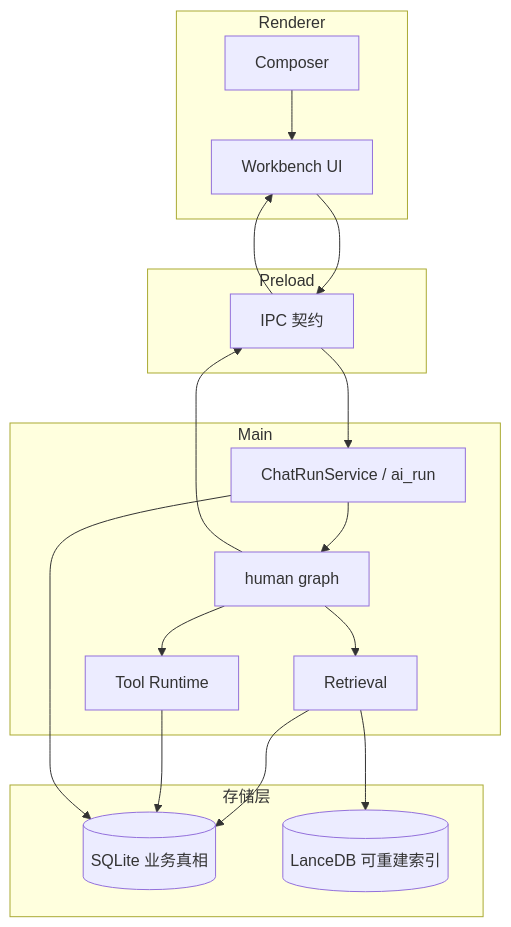
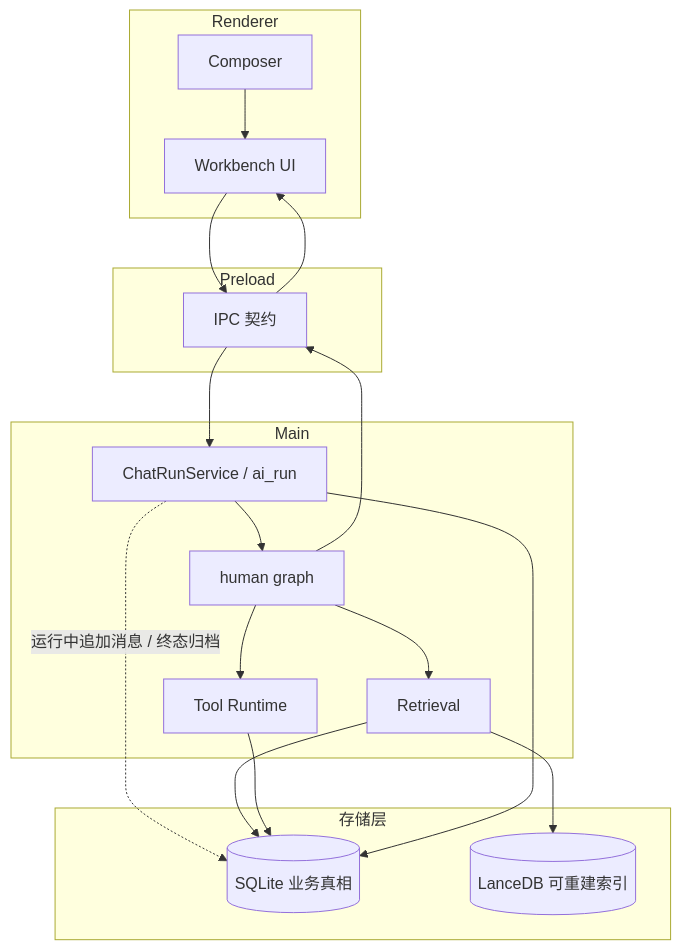
Before and after one commit to Yoan98/Ncurator: the first of 2 diagrams in doc/architecture.md, drawn with Mermaid. The commit also changed other lines of this file and 34 other files, not shown here.

````diff
--- a/doc/architecture.md
+++ b/doc/architecture.md
@@ -34,33 +34,34 @@
 ```mermaid
 flowchart TB
   subgraph renderer [Renderer]
     WB[Workbench UI]
     Composer[Composer]
   end
 
   subgraph bridge [Preload]
     IPC[IPC 契约]
   end
 
   subgraph main [Main]
     Run[ChatRunService / ai_run]
     Graph[human graph]
     Retrieval[Retrieval]
     Tools[Tool Runtime]
   end
 
   subgraph storage [存储层]
     SQLite[(SQLite 业务真相)]
     Lance[(LanceDB 可重建索引)]
   end
 
   Composer --> WB
   WB --> IPC --> Run --> Graph
+  Run -. 运行中追加消息 / 终态归档 .-> SQLite
   Graph --> Retrieval
   Retrieval --> SQLite
   Retrieval --> Lance
   Graph --> Tools
   Tools --> SQLite
   Graph --> IPC --> WB
   Run --> SQLite
 ```
````
